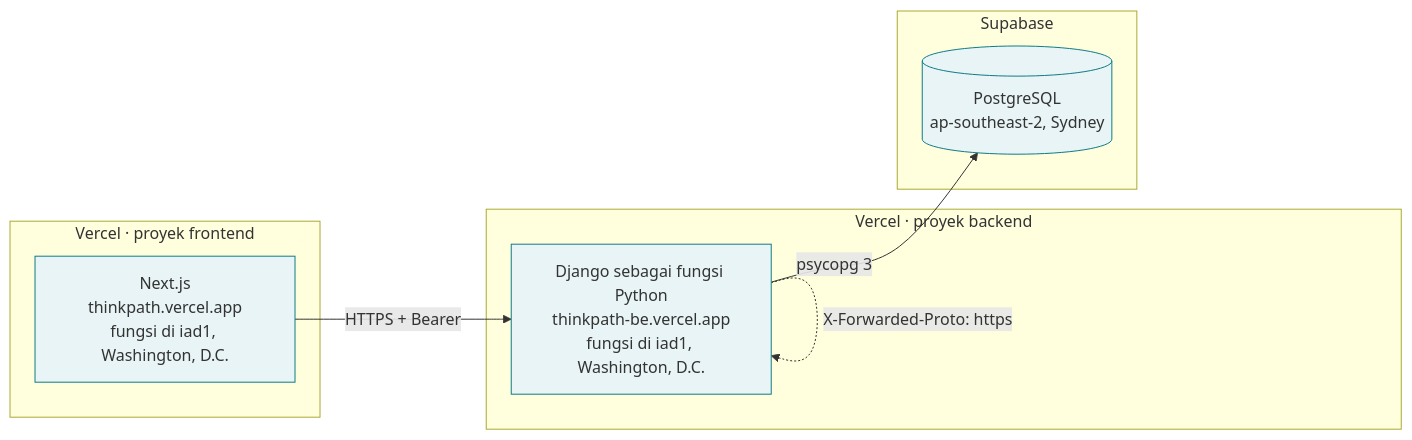
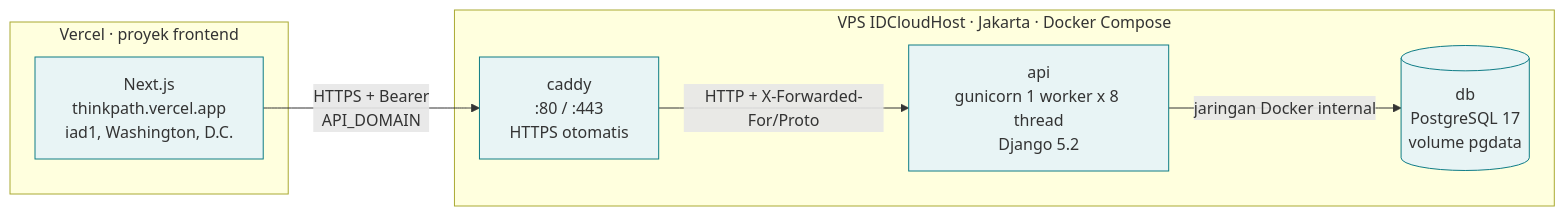
The fourth of 4 diagrams in diagram/01-arsitektur-sistem.md (FadhRach/ThinkPath), drawn with Mermaid before and after one commit. The commit also changed other lines of this file and 7 other files, not shown here.

First line of the commit message:
docs: ERD basis data, runbook VPS, dan arsitektur setelah migrasi

````diff
--- a/diagram/01-arsitektur-sistem.md
+++ b/diagram/01-arsitektur-sistem.md
@@ -158,19 +161,18 @@
 ```mermaid
 flowchart LR
     subgraph VF["Vercel · proyek frontend"]
-        NX["Next.js<br/>thinkpath.vercel.app<br/>fungsi di iad1, Washington, D.C."]
+        NX["Next.js<br/>thinkpath.vercel.app<br/>iad1, Washington, D.C."]
     end
-    subgraph VB["Vercel · proyek backend"]
-        DJ["Django sebagai fungsi Python<br/>thinkpath-be.vercel.app<br/>fungsi di iad1, Washington, D.C."]
-    end
-    subgraph S["Supabase"]
-        PG[("PostgreSQL<br/>ap-southeast-2, Sydney")]
+    subgraph VPS["VPS IDCloudHost · Jakarta · Docker Compose"]
+        CD["caddy<br/>:80 / :443<br/>HTTPS otomatis"]
+        DJ["api<br/>gunicorn 1 worker x 8 thread<br/>Django 5.2"]
+        PG[("db<br/>PostgreSQL 17<br/>volume pgdata")]
     end
 
-    NX -->|"HTTPS + Bearer"| DJ
-    DJ -->|"psycopg 3"| PG
-    DJ -.->|"X-Forwarded-Proto: https"| DJ
+    NX -->|"HTTPS + Bearer<br/>API_DOMAIN"| CD
+    CD -->|"HTTP + X-Forwarded-For/Proto"| DJ
+    DJ -->|"jaringan Docker internal"| PG
 
     classDef box fill:#E8F4F5,stroke:#0E7C86
-    class NX,DJ,PG box
+    class NX,CD,DJ,PG box
 ```
````
